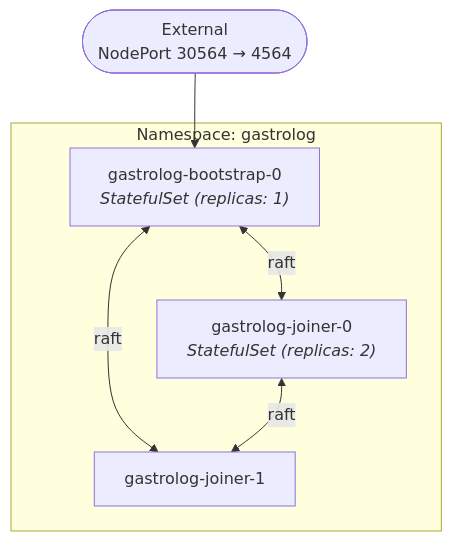
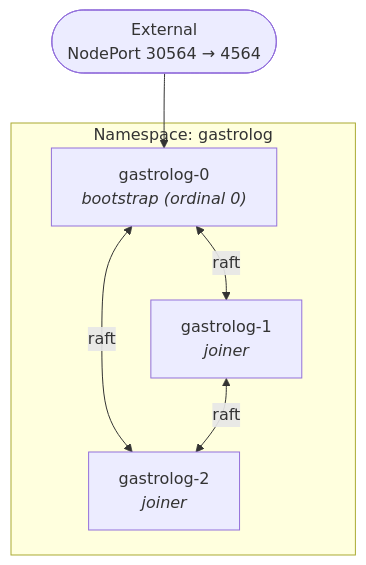
One commit to kluzzebass/gastrolog changed the diagram in docs/deployment/kubernetes.md. Above: the diagram before and after it, drawn with Mermaid. The commit also changed other lines of this file and 21 other files, not shown here.

````diff
--- a/docs/deployment/kubernetes.md
+++ b/docs/deployment/kubernetes.md
@@ -61,12 +59,12 @@
 ```mermaid
 graph TD
     subgraph ns["Namespace: gastrolog"]
-        bootstrap["gastrolog-bootstrap-0<br/><i>StatefulSet (replicas: 1)</i>"]
-        joiner0["gastrolog-joiner-0<br/><i>StatefulSet (replicas: 2)</i>"]
-        joiner1["gastrolog-joiner-1"]
-        bootstrap <-->|raft| joiner0
+        bootstrap["gastrolog-0<br/><i>bootstrap (ordinal 0)</i>"]
+        joiner1["gastrolog-1<br/><i>joiner</i>"]
+        joiner2["gastrolog-2<br/><i>joiner</i>"]
         bootstrap <-->|raft| joiner1
-        joiner0 <-->|raft| joiner1
+        bootstrap <-->|raft| joiner2
+        joiner1 <-->|raft| joiner2
     end
     client(["External<br/>NodePort 30564 → 4564"]) --> bootstrap
 ```
````
